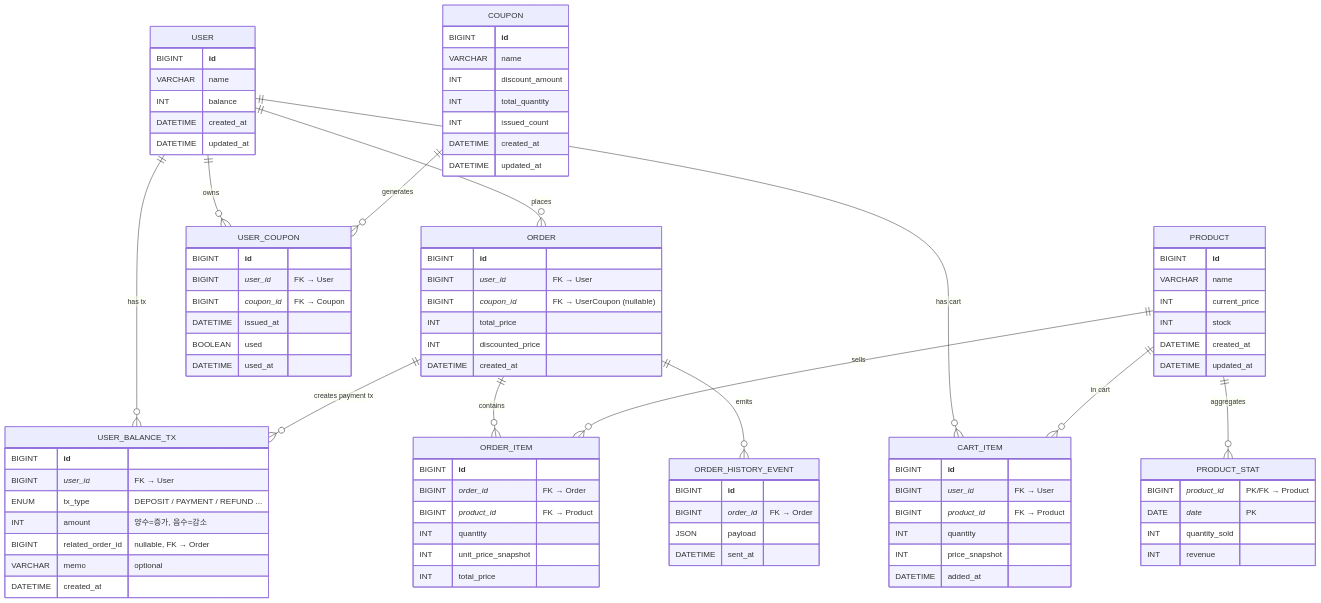
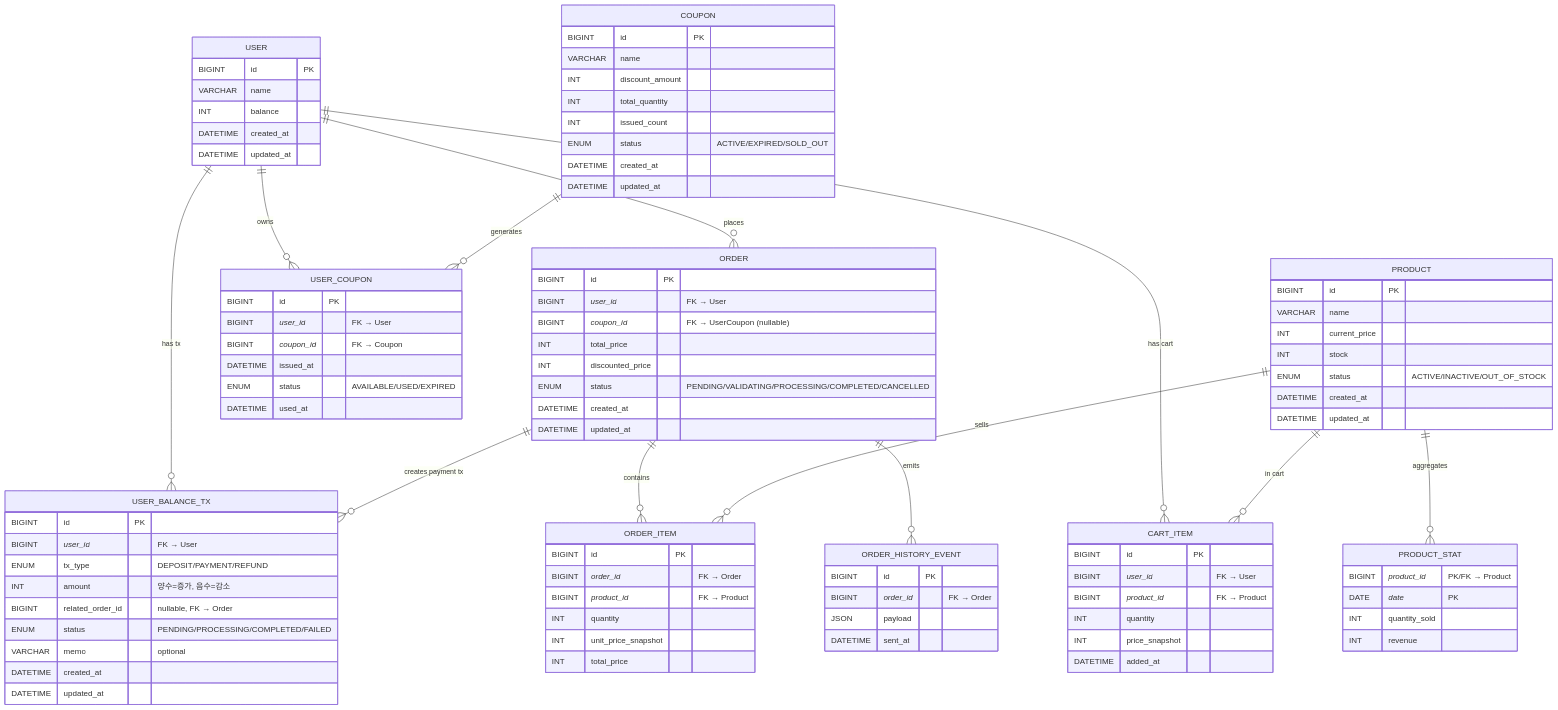
Before and after one commit to yuni02/hhplus-ecommerce: the diagram in docs/erd.md, drawn with Mermaid. The commit also changed 2 other files, not shown here.

Commit message:
chore: erd에 상태값 추가하고 시퀀스 다이어그램을 기술적 계층 단위별로 분리하는 방식으로 변경
요구사항 빈문서 템플릿 추가

````diff
--- a/docs/erd.md
+++ b/docs/erd.md
@@ -3,105 +3,110 @@
 ```mermaid
 erDiagram
+    
     USER {
-        BIGINT **id**
+        BIGINT id PK
         VARCHAR name
         INT balance
         DATETIME created_at
-        DATETIME updated_at
+        DATETIME updated_at 
     }
-
+    
     PRODUCT {
-        BIGINT **id**
+        BIGINT id PK
         VARCHAR name
         INT current_price
         INT stock
+        ENUM status "ACTIVE/INACTIVE/OUT_OF_STOCK"
         DATETIME created_at
         DATETIME updated_at
     }
-
+    
     COUPON {
-        BIGINT **id**
+        BIGINT id PK
         VARCHAR name
         INT discount_amount
         INT total_quantity
         INT issued_count
+        ENUM status "ACTIVE/EXPIRED/SOLD_OUT"
         DATETIME created_at
         DATETIME updated_at
     }
-
+    
     USER_COUPON {
-        BIGINT **id**
+        BIGINT id PK
         BIGINT _user_id_    "FK → User"
         BIGINT _coupon_id_  "FK → Coupon"
         DATETIME issued_at
-        BOOLEAN used
+        ENUM status "AVAILABLE/USED/EXPIRED"
         DATETIME used_at
     }
-
+    
     "ORDER" {
-        BIGINT **id**
+        BIGINT id PK
         BIGINT _user_id_      "FK → User"
         BIGINT _coupon_id_    "FK → UserCoupon (nullable)"
         INT total_price
         INT discounted_price
+        ENUM status "PENDING/VALIDATING/PROCESSING/COMPLETED/CANCELLED"
         DATETIME created_at
+        DATETIME updated_at
     }
-
+    
     ORDER_ITEM {
-        BIGINT **id**
+        BIGINT id PK
         BIGINT _order_id_   "FK → Order"
         BIGINT _product_id_ "FK → Product"
         INT quantity
         INT unit_price_snapshot
         INT total_price
     }
-
+    
     ORDER_HISTORY_EVENT {
-        BIGINT **id**
+        BIGINT id PK
         BIGINT _order_id_ "FK → Order"
         JSON  payload
         DATETIME sent_at
     }
-
-    %% 🔹 신규: 잔액 트랜잭션 테이블
+    
     USER_BALANCE_TX {
-        BIGINT **id**
+        BIGINT id PK
         BIGINT _user_id_        "FK → User"
-        ENUM  tx_type           "DEPOSIT / PAYMENT / REFUND ..."
+        ENUM  tx_type           "DEPOSIT/PAYMENT/REFUND"
         INT   amount            "양수=증가, 음수=감소"
         BIGINT related_order_id "nullable, FK → Order"
+        ENUM status "PENDING/PROCESSING/COMPLETED/FAILED"
         VARCHAR memo            "optional"
         DATETIME created_at
+        DATETIME updated_at
     }
-
-    %% 선택(Optional) 테이블
+    
     CART_ITEM {
-        BIGINT **id**
+        BIGINT id PK
         BIGINT _user_id_    "FK → User"
         BIGINT _product_id_ "FK → Product"
         INT quantity
         INT price_snapshot
         DATETIME added_at
     }
-
+    
     PRODUCT_STAT {
         BIGINT _product_id_ "PK/FK → Product"
         DATE   _date_       "PK"
         INT quantity_sold
         INT revenue
     }
-
+    
     %% 관계 정의
     USER ||--o{ USER_BALANCE_TX : "has tx"
     USER ||--o{ "ORDER"         : places
     USER ||--o{ USER_COUPON     : owns
     COUPON ||--o{ USER_COUPON   : generates
-
+    
     "ORDER" ||--o{ ORDER_ITEM        : contains
     PRODUCT ||--o{ ORDER_ITEM        : sells
     "ORDER" ||--o{ ORDER_HISTORY_EVENT : emits
     "ORDER" ||--o{ USER_BALANCE_TX   : "creates payment tx"
-
+    
     %% Optional relations
     USER ||--o{ CART_ITEM : "has cart"
     PRODUCT ||--o{ CART_ITEM : "in cart"
````
